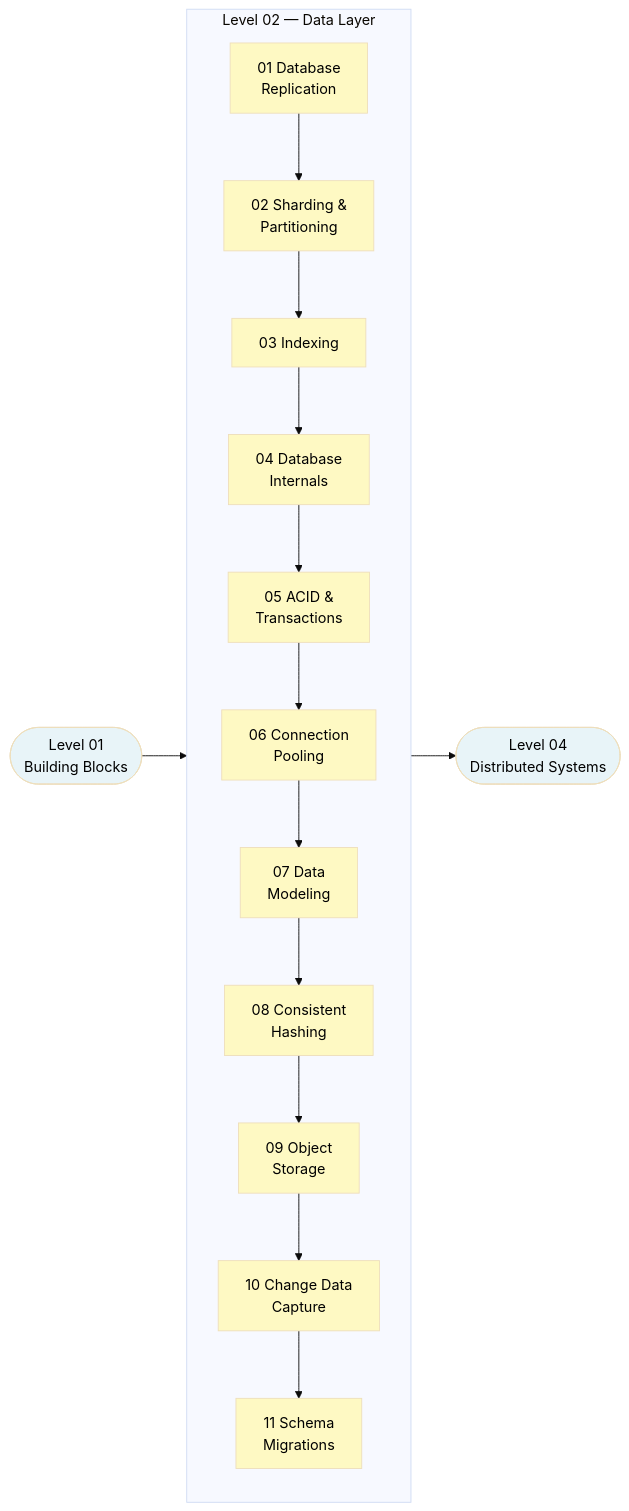
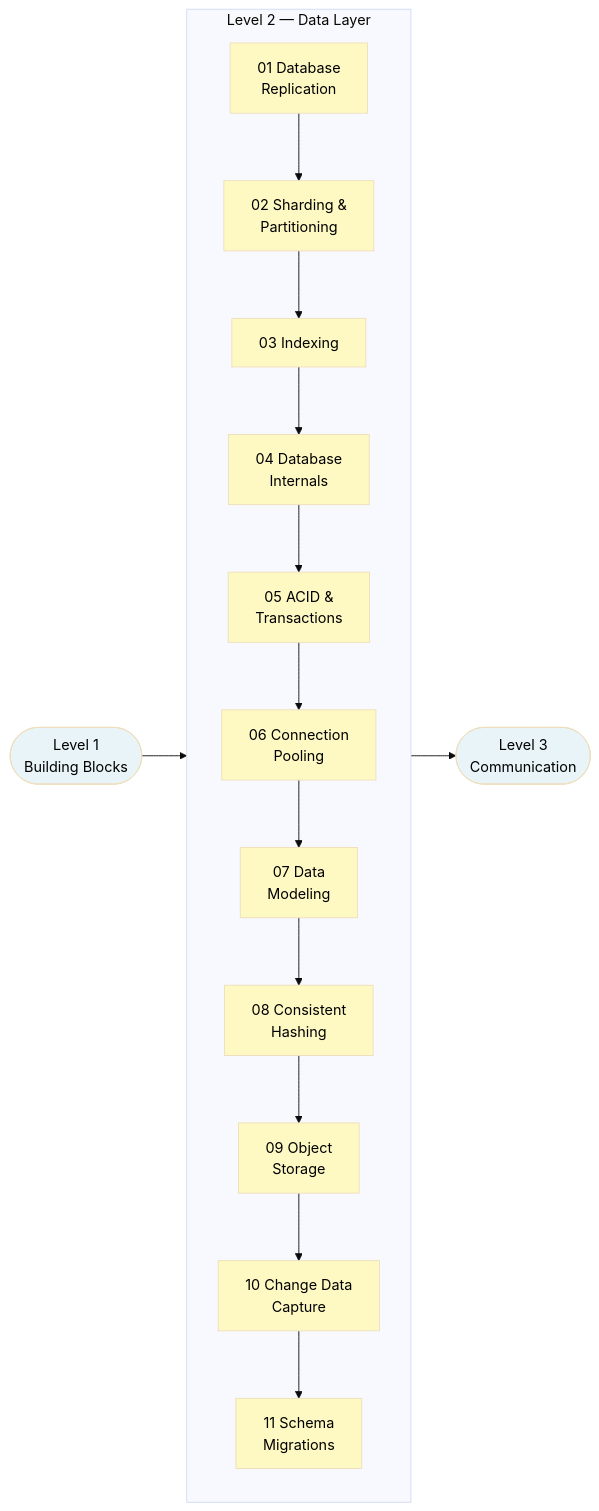
The diagram in Level-02-Data-Layer/README.md (Ankan1998/learn-system-design), drawn with Mermaid (base theme) before and after one commit. The commit also changed other lines of this file and 139 other files, not shown here.

````diff
--- a/Level-02-Data-Layer/README.md
+++ b/Level-02-Data-Layer/README.md
@@ -39,46 +39,46 @@
 ```mermaid
 flowchart LR
-    A([Level 01<br/>Building Blocks]) --> B
+    A([Level 1<br/>Building Blocks]) --> B
 
-    subgraph B[" Level 02 — Data Layer "]
+    subgraph B[" Level 2 — Data Layer "]
         direction TB
         T1[01 Database<br/>Replication]
         T2[02 Sharding &<br/>Partitioning]
         T3[03 Indexing]
         T4[04 Database<br/>Internals]
         T5[05 ACID &<br/>Transactions]
         T6[06 Connection<br/>Pooling]
         T7[07 Data<br/>Modeling]
         T8[08 Consistent<br/>Hashing]
         T9[09 Object<br/>Storage]
         T10[10 Change Data<br/>Capture]
         T11[11 Schema<br/>Migrations]
 
         T1 --> T2
         T2 --> T3
         T3 --> T4
         T4 --> T5
         T5 --> T6
         T6 --> T7
         T7 --> T8
         T8 --> T9
         T9 --> T10
         T10 --> T11
     end
 
-    B --> C([Level 04<br/>Distributed Systems])
+    B --> C([Level 3<br/>Communication])
 
     style A fill:#e8f4f8,color:#000
     style C fill:#e8f4f8,color:#000
     style T1 fill:#fef9c3,color:#000
     style T2 fill:#fef9c3,color:#000
     style T3 fill:#fef9c3,color:#000
     style T4 fill:#fef9c3,color:#000
     style T5 fill:#fef9c3,color:#000
     style T6 fill:#fef9c3,color:#000
     style T7 fill:#fef9c3,color:#000
     style T8 fill:#fef9c3,color:#000
     style T9 fill:#fef9c3,color:#000
     style T10 fill:#fef9c3,color:#000
     style T11 fill:#fef9c3,color:#000
 ```
````
